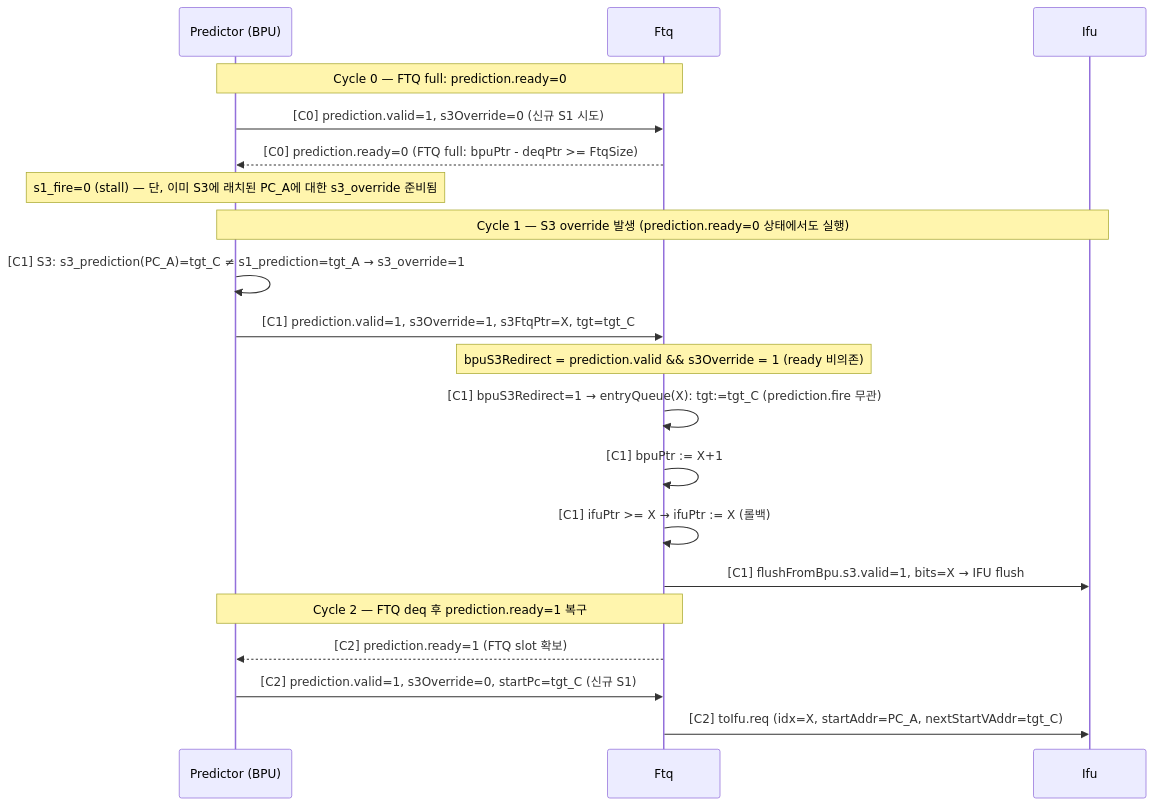
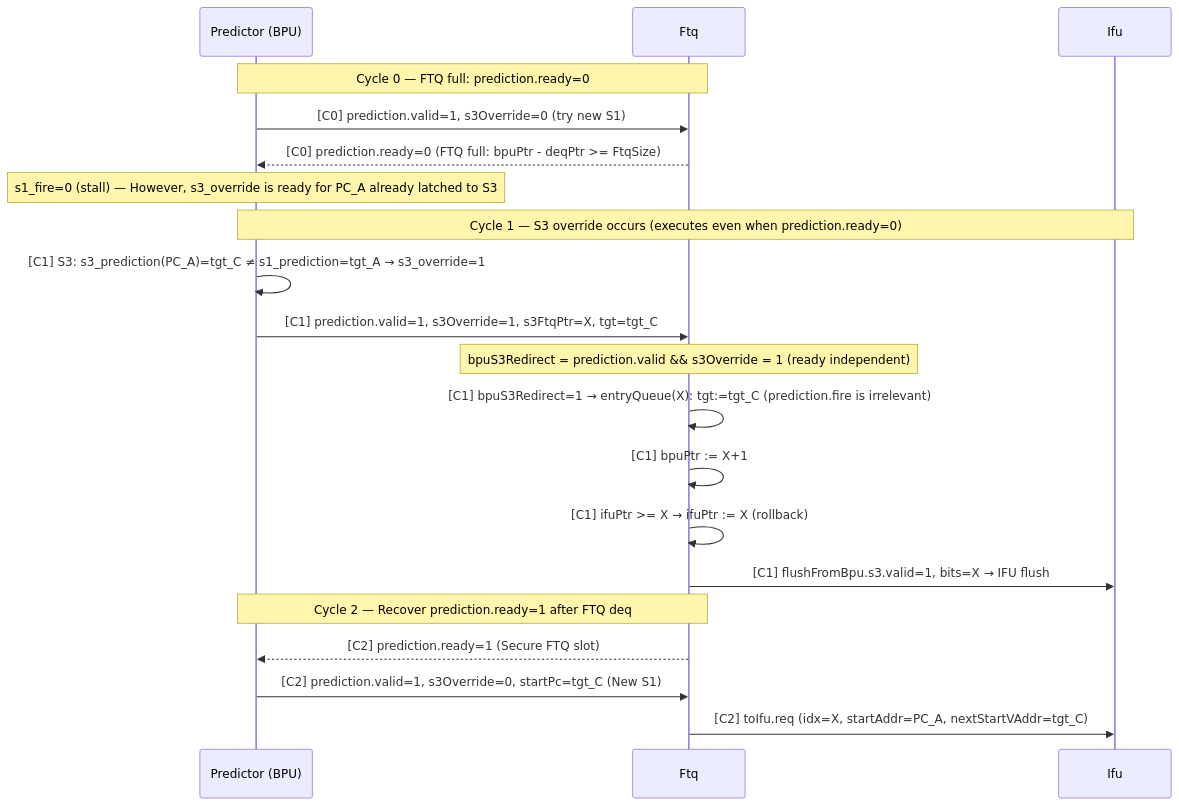
The fourth of 7 diagrams in src/main/scala/xiangshan/frontend/doc/frontend_in_out_seq_diagram.md (cinkeun/CPU_XS_02172026), drawn with Mermaid before and after one commit. The commit also changed other lines of this file and 15 other files, not shown here.

````diff
--- a/src/main/scala/xiangshan/frontend/doc/frontend_in_out_seq_diagram.md
+++ b/src/main/scala/xiangshan/frontend/doc/frontend_in_out_seq_diagram.md
@@ -226,25 +226,25 @@
 ```mermaid
 sequenceDiagram
   participant BPU as Predictor (BPU)
   participant FTQ as Ftq
   participant IFU as Ifu
 
   Note over BPU,FTQ: Cycle 0 — FTQ full: prediction.ready=0
-  BPU->>FTQ: [C0] prediction.valid=1, s3Override=0 (신규 S1 시도)
+BPU->>FTQ: [C0] prediction.valid=1, s3Override=0 (try new S1)
   FTQ-->>BPU: [C0] prediction.ready=0 (FTQ full: bpuPtr - deqPtr >= FtqSize)
-  Note over BPU: s1_fire=0 (stall) — 단, 이미 S3에 래치된 PC_A에 대한 s3_override 준비됨
+Note over BPU: s1_fire=0 (stall) — However, s3_override is ready for PC_A already latched to S3
 
-  Note over BPU,IFU: Cycle 1 — S3 override 발생 (prediction.ready=0 상태에서도 실행)
+Note over BPU,IFU: Cycle 1 — S3 override occurs (executes even when prediction.ready=0)
   BPU->>BPU: [C1] S3: s3_prediction(PC_A)=tgt_C ≠ s1_prediction=tgt_A → s3_override=1
   BPU->>FTQ: [C1] prediction.valid=1, s3Override=1, s3FtqPtr=X, tgt=tgt_C
-  Note over FTQ: bpuS3Redirect = prediction.valid && s3Override = 1 (ready 비의존)
-  FTQ->>FTQ: [C1] bpuS3Redirect=1 → entryQueue(X): tgt:=tgt_C (prediction.fire 무관)
+Note over FTQ: bpuS3Redirect = prediction.valid && s3Override = 1 (ready independent)
+FTQ->>FTQ: [C1] bpuS3Redirect=1 → entryQueue(X): tgt:=tgt_C (prediction.fire is irrelevant)
   FTQ->>FTQ: [C1] bpuPtr := X+1
-  FTQ->>FTQ: [C1] ifuPtr >= X → ifuPtr := X (롤백)
+FTQ->>FTQ: [C1] ifuPtr >= X → ifuPtr := X (rollback)
   FTQ->>IFU: [C1] flushFromBpu.s3.valid=1, bits=X → IFU flush
 
-  Note over BPU,FTQ: Cycle 2 — FTQ deq 후 prediction.ready=1 복구
-  FTQ-->>BPU: [C2] prediction.ready=1 (FTQ slot 확보)
-  BPU->>FTQ: [C2] prediction.valid=1, s3Override=0, startPc=tgt_C (신규 S1)
+Note over BPU,FTQ: Cycle 2 — Recover prediction.ready=1 after FTQ deq
+FTQ-->>BPU: [C2] prediction.ready=1 (Secure FTQ slot)
+BPU->>FTQ: [C2] prediction.valid=1, s3Override=0, startPc=tgt_C (New S1)
   FTQ->>IFU: [C2] toIfu.req (idx=X, startAddr=PC_A, nextStartVAddr=tgt_C)
 ```
````
